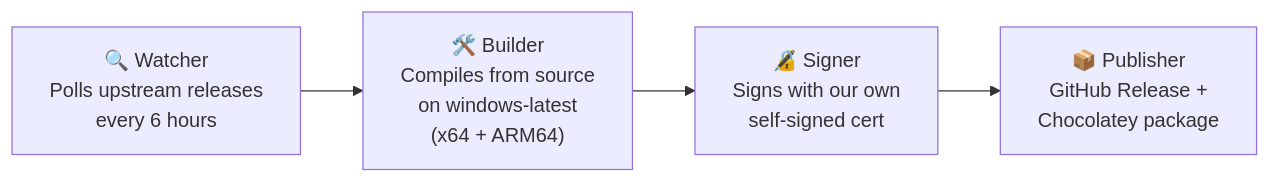
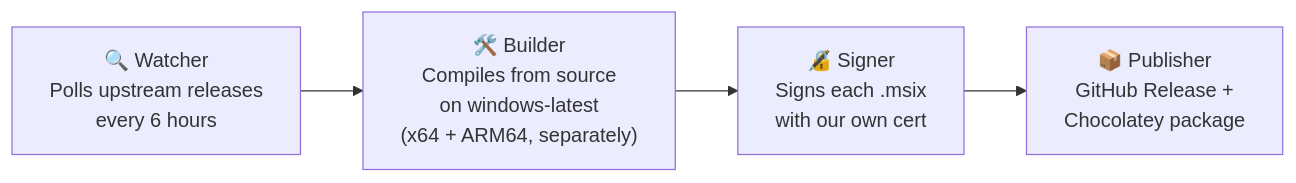
The diagram in README.md (tanzim2000/fluentflyout-unofficial), drawn with Mermaid before and after one commit. The commit also changed other lines of this file, not shown here.

````diff
--- a/README.md
+++ b/README.md
@@ -34,6 +34,6 @@
 ```mermaid
 flowchart LR
-    A["🔍 Watcher<br/>Polls upstream releases<br/>every 6 hours"] --> B["🛠️ Builder<br/>Compiles from source<br/>on windows-latest<br/>(x64 + ARM64)"]
-    B --> C["🔏 Signer<br/>Signs with our own<br/>self-signed cert"]
+    A["🔍 Watcher<br/>Polls upstream releases<br/>every 6 hours"] --> B["🛠️ Builder<br/>Compiles from source<br/>on windows-latest<br/>(x64 + ARM64, separately)"]
+    B --> C["🔏 Signer<br/>Signs each .msix<br/>with our own cert"]
     C --> D["📦 Publisher<br/>GitHub Release +<br/>Chocolatey package"]
 ```
````
